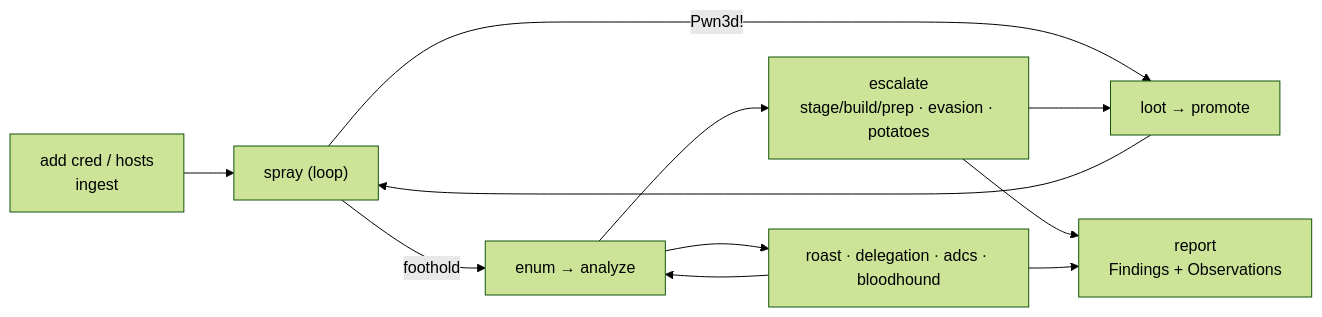
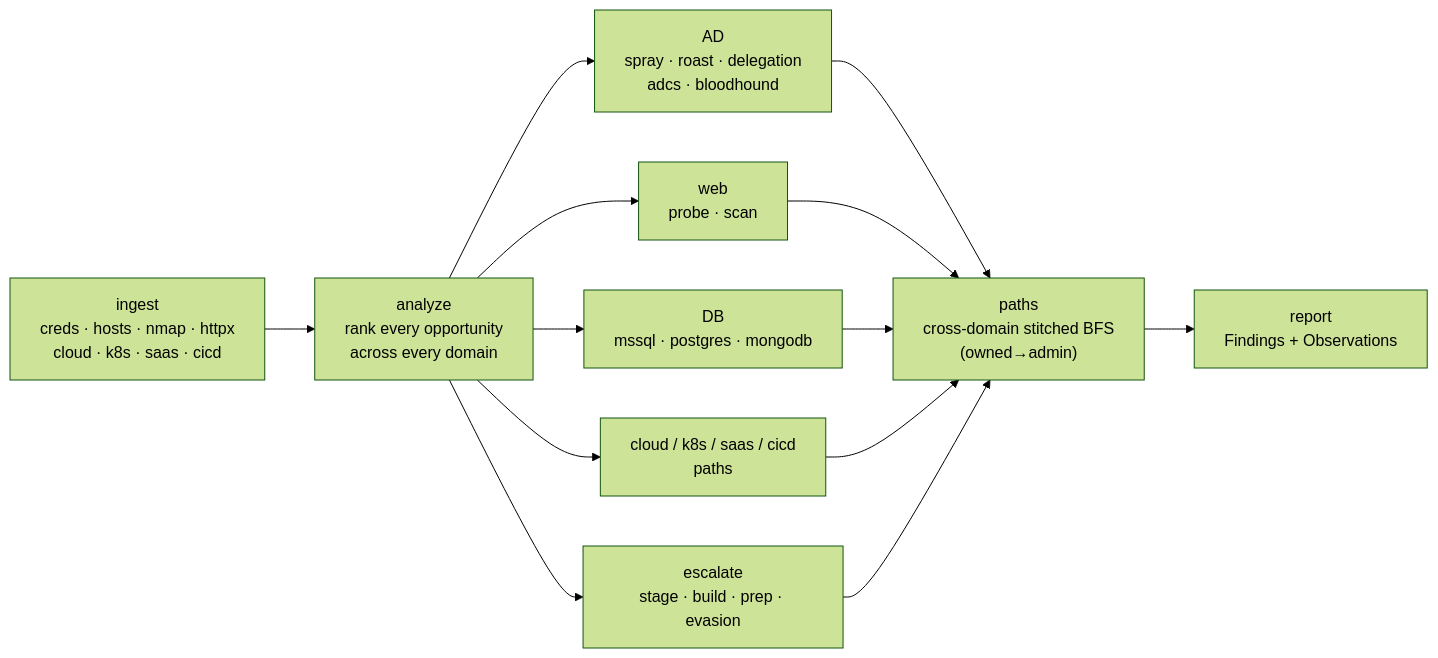
One commit to dloucks01/fieldkit changed the diagram in README.md. Above: the diagram before and after it, drawn with Mermaid (forest theme). The commit also changed other lines of this file and 1 other file, not shown here.

````diff
--- a/README.md
+++ b/README.md
@@ -357,10 +387,15 @@
 ```mermaid
 flowchart LR
-  I["add cred / hosts<br/>ingest"] --> S["spray (loop)"]
-  S -->|Pwn3d!| L["loot → promote"] --> S
-  S -->|foothold| E["enum → analyze"]
-  E --> X["escalate<br/>stage/build/prep · evasion · potatoes"] --> L
-  E --> AD["roast · delegation · adcs · bloodhound"] --> E
-  X --> RP["report<br/>Findings + Observations"]
-  AD --> RP
+  I["ingest<br/>creds · hosts · nmap · httpx<br/>cloud · k8s · saas · cicd"] --> A["analyze<br/>rank every opportunity<br/>across every domain"]
+  A --> AD["AD<br/>spray · roast · delegation<br/>adcs · bloodhound"]
+  A --> W["web<br/>probe · scan"]
+  A --> DB["DB<br/>mssql · postgres · mongodb"]
+  A --> C["cloud / k8s / saas / cicd<br/>paths"]
+  A --> E["escalate<br/>stage · build · prep · evasion"]
+  AD --> P["paths<br/>cross-domain stitched BFS<br/>(owned→admin)"]
+  W --> P
+  DB --> P
+  C --> P
+  E --> P
+  P --> RP["report<br/>Findings + Observations"]
 ```
````
